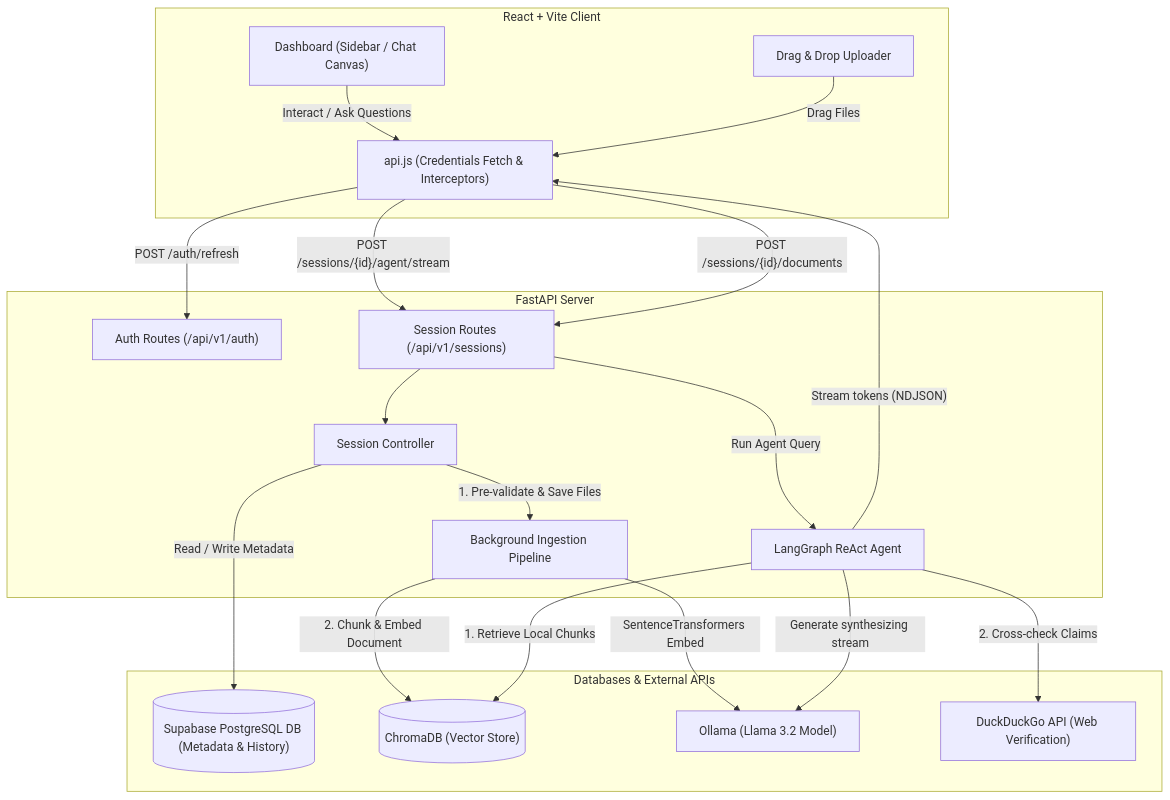
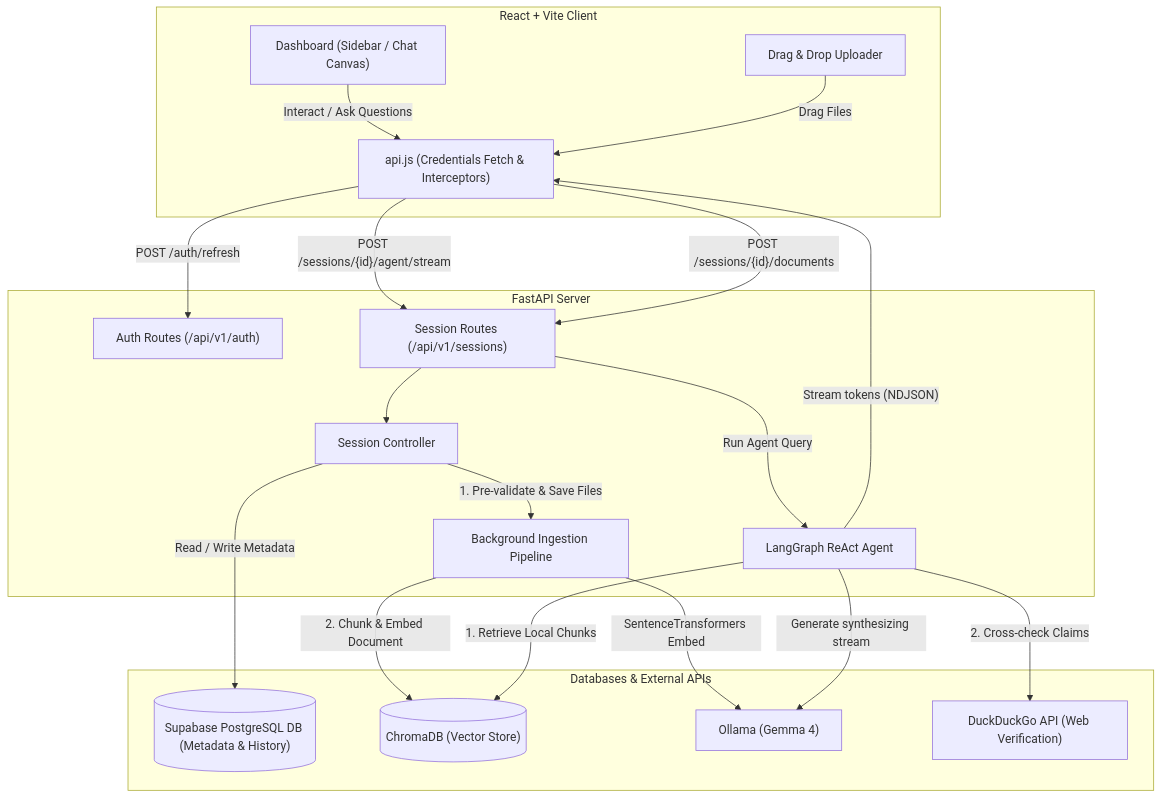
One commit to SatyamPrakash09/Lumen changed the diagram in README.md. Above: the diagram before and after it, drawn with Mermaid.

Commit message:
Update Ollama model version in README

````diff
--- a/README.md
+++ b/README.md
@@ -14,43 +14,43 @@
 ```mermaid
 graph TD
     subgraph Frontend [React + Vite Client]
         UI["Dashboard (Sidebar / Chat Canvas)"]
         API_Client["api.js (Credentials Fetch & Interceptors)"]
         DD_Overlay["Drag & Drop Uploader"]
     end
 
     subgraph Backend [FastAPI Server]
         Auth_Router["Auth Routes (/api/v1/auth)"]
         Session_Router["Session Routes (/api/v1/sessions)"]
         Session_Ctrl["Session Controller"]
         Pipeline["Background Ingestion Pipeline"]
         Agent["LangGraph ReAct Agent"]
     end
 
     subgraph Storage [Databases & External APIs]
         DB[("Supabase PostgreSQL DB (Metadata & History)")]
         Chroma[("ChromaDB (Vector Store)")]
-        Ollama["Ollama (Llama 3.2 Model)"]
+        Ollama["Ollama (Gemma 4)"]
         Web["DuckDuckGo API (Web Verification)"]
     end
 
     UI -->|"Interact / Ask Questions"| API_Client
     DD_Overlay -->|"Drag Files"| API_Client
     
     API_Client -->|"POST /auth/refresh"| Auth_Router
     API_Client -->|"POST /sessions/{id}/agent/stream"| Session_Router
     API_Client -->|"POST /sessions/{id}/documents"| Session_Router
     
     Session_Router --> Session_Ctrl
     Session_Ctrl -->|"1. Pre-validate & Save Files"| Pipeline
     Session_Ctrl -->|"Read / Write Metadata"| DB
     
     Pipeline -->|"2. Chunk & Embed Document"| Chroma
     Pipeline -->|"SentenceTransformers Embed"| Ollama
     
     Session_Router -->|"Run Agent Query"| Agent
     Agent -->|"1. Retrieve Local Chunks"| Chroma
     Agent -->|"2. Cross-check Claims"| Web
     Agent -->|"Generate synthesizing stream"| Ollama
     Agent -->|"Stream tokens (NDJSON)"| API_Client
 ```
````
